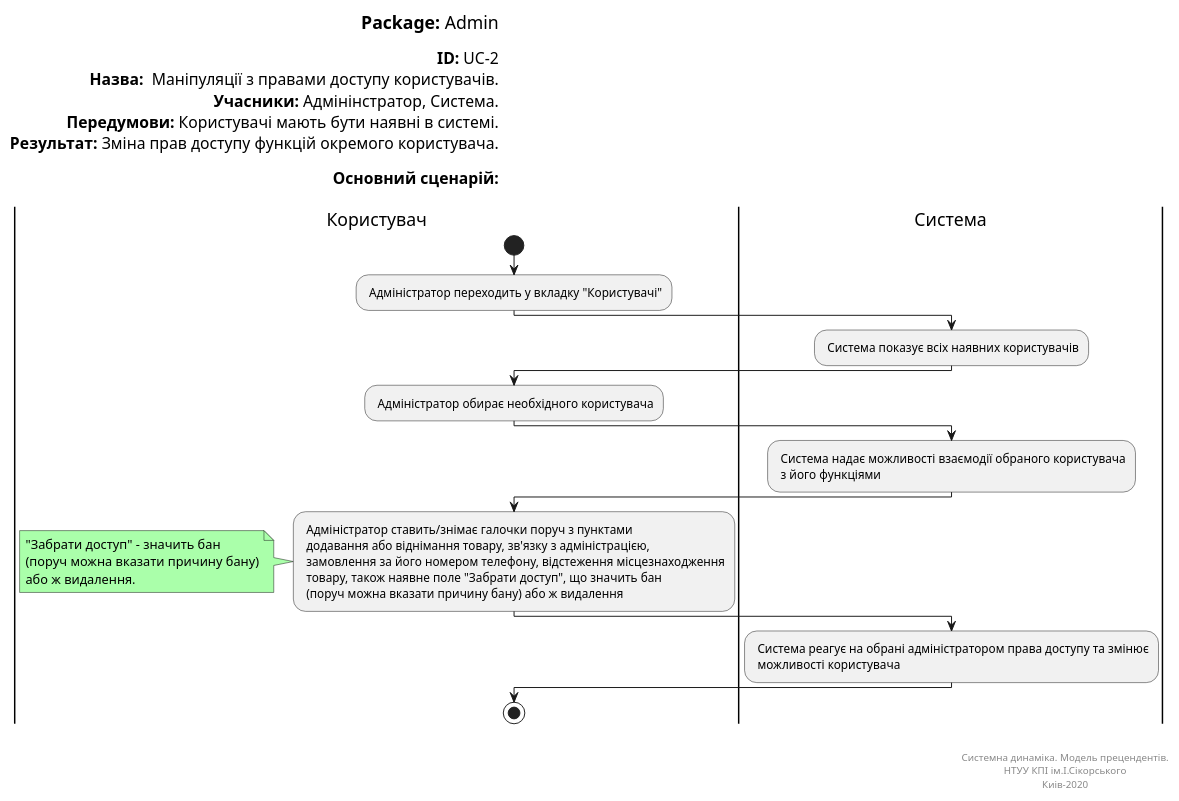
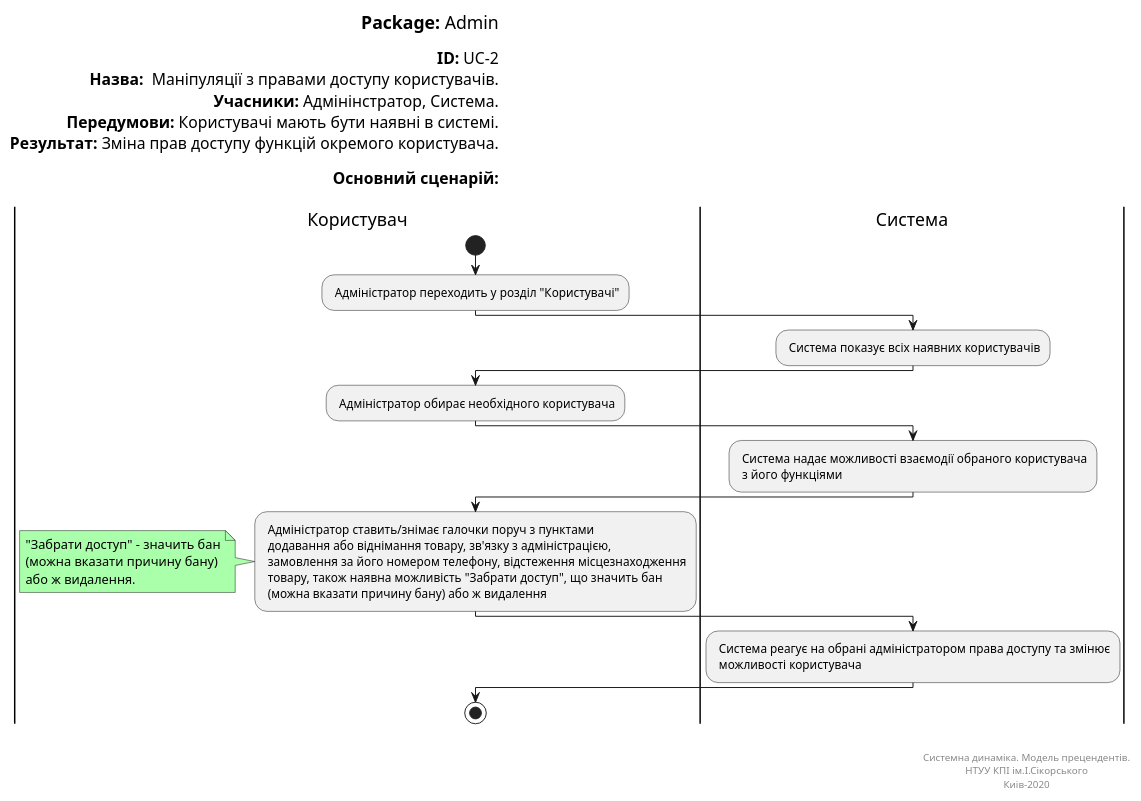
Before and after one commit to kirilinsane/Team2: the diagram in Doc/UMLdiagrams/scenarios/admin/Diagrams/UML/UC2.pu, drawn with PlantUML. The commit also changed 6 other files, not shown here.

```diff
--- a/Doc/UMLdiagrams/scenarios/admin/Diagrams/UML/UC2.pu
+++ b/Doc/UMLdiagrams/scenarios/admin/Diagrams/UML/UC2.pu
@@ -1,56 +1,56 @@
 @startuml
 left header
 <font color=000 size=18><b>Package:</b> Admin
 
 <font color=000 size=16><b>ID:</b> UC-2
 <font color=000 size=16><b>Назва:</b>  Маніпуляції з правами доступу користувачів.
 <font color=000 size=16><b>Учасники:</b> Адмінінстратор, Система.
 <font color=000 size=16><b>Передумови:</b> Користувачі мають бути наявні в системі.
 <font color=000 size=16><b>Результат:</b> Зміна прав доступу функцій окремого користувача.
 
 <font color=000 size=16><b>Основний сценарій:</b>
 
 end header
 
 |Користувач|
 start
-: Адміністратор переходить у вкладку "Користувачі";
+: Адміністратор переходить у розділ "Користувачі";
 
 |Система|
 : Система показує всіх наявних користувачів;
 
 |Користувач|
 : Адміністратор обирає необхідного користувача;
 
 |Система|
 : Система надає можливості взаємодії обраного користувача
  з його функціями;
 
 |Користувач|
 : Адміністратор ставить/знімає галочки поруч з пунктами
  додавання або віднімання товару, зв'язку з адміністрацією,
  замовлення за його номером телефону, відстеження місцезнаходження
- товару, також наявне поле "Забрати доступ", що значить бан
- (поруч можна вказати причину бану) або ж видалення;
+ товару, також наявна можливість "Забрати доступ", що значить бан
+ (можна вказати причину бану) або ж видалення;
 
 note left #aaffaa
 "Забрати доступ" - значить бан
-(поруч можна вказати причину бану)
+(можна вказати причину бану)
 або ж видалення.
 end note
 
 |Система|
 : Система реагує на обрані адміністратором права доступу та змінює
  можливості користувача;
 
 |Користувач|
 stop;
 
 right footer
 
 
 Системна динаміка. Модель прецендентів.
 НТУУ КПІ ім.І.Сікорського
 Киів-2020
 end footer
 @enduml
```
